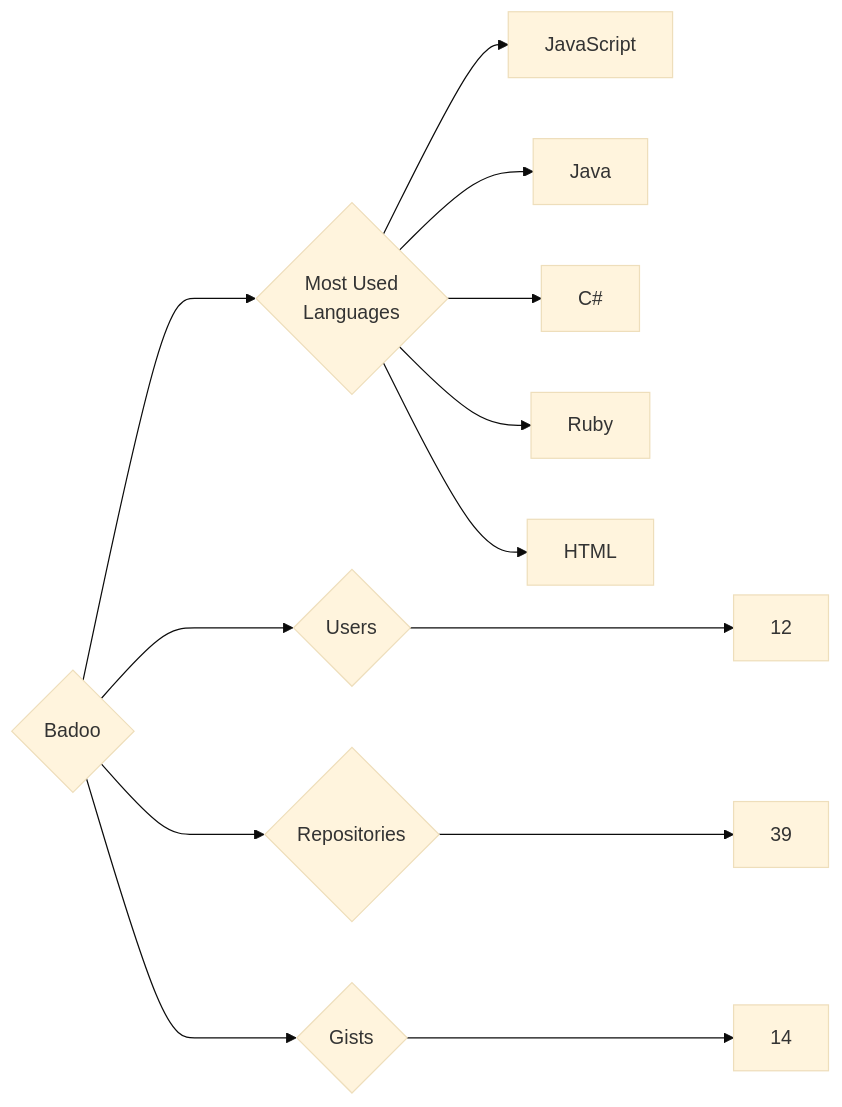
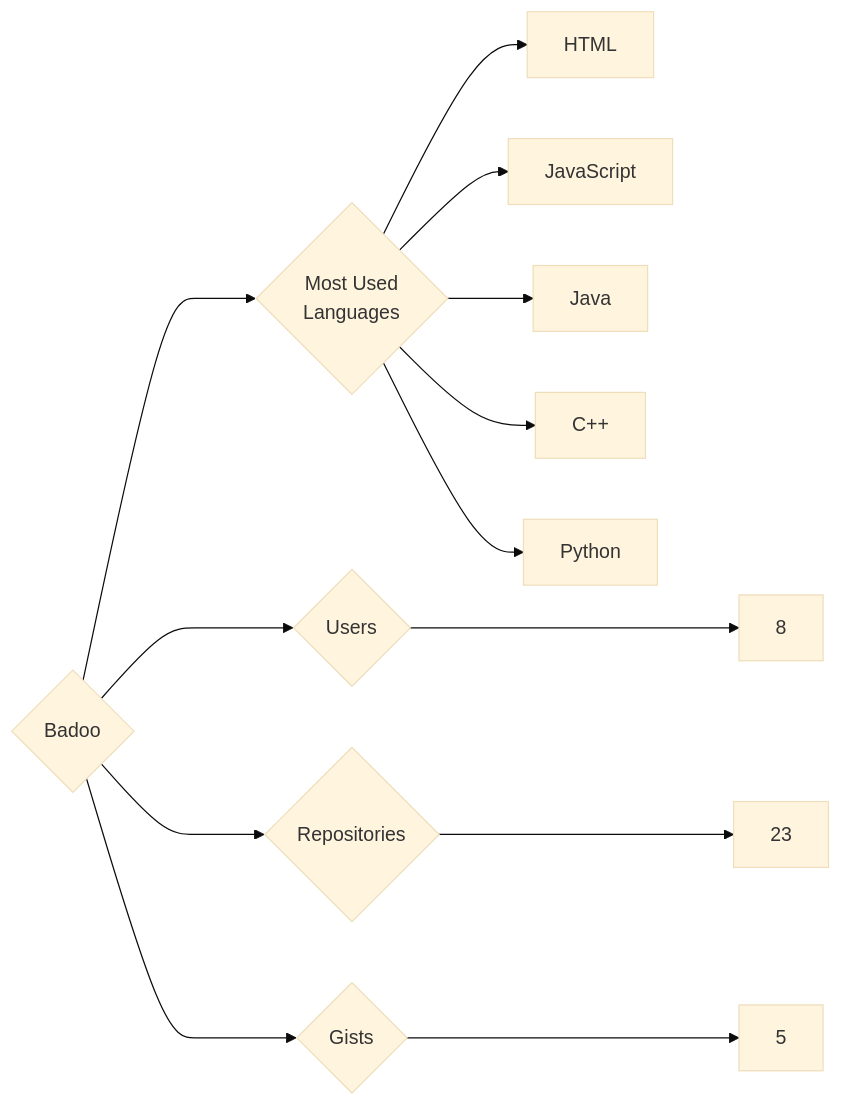
One commit to trickest/insiders changed the diagram in targets/Badoo/README.md. Above: the diagram before and after it, drawn with Mermaid (base theme). The commit also changed 1123 other files, not shown here.

````diff
--- a/targets/Badoo/README.md
+++ b/targets/Badoo/README.md
@@ -3,13 +3,13 @@
 ```mermaid
 graph LR
 COMPANY_NAME{Badoo}
-COMPANY_NAME ---> U{Users} ---> UN[12]
-COMPANY_NAME ---> R{Repositories} ---> RN[39]
-COMPANY_NAME ---> G{Gists} ---> GN[14]
+COMPANY_NAME ---> U{Users} ---> UN[8]
+COMPANY_NAME ---> R{Repositories} ---> RN[23]
+COMPANY_NAME ---> G{Gists} ---> GN[5]
 COMPANY_NAME ---> ML{Most Used<br>Languages}
+ML --> HTML[HTML]
 ML --> JavaScript[JavaScript]
 ML --> Java[Java]
-ML --> C#[C#]
-ML --> Ruby[Ruby]
-ML --> HTML[HTML]
+ML --> C++[C++]
+ML --> Python[Python]
 ```
````
